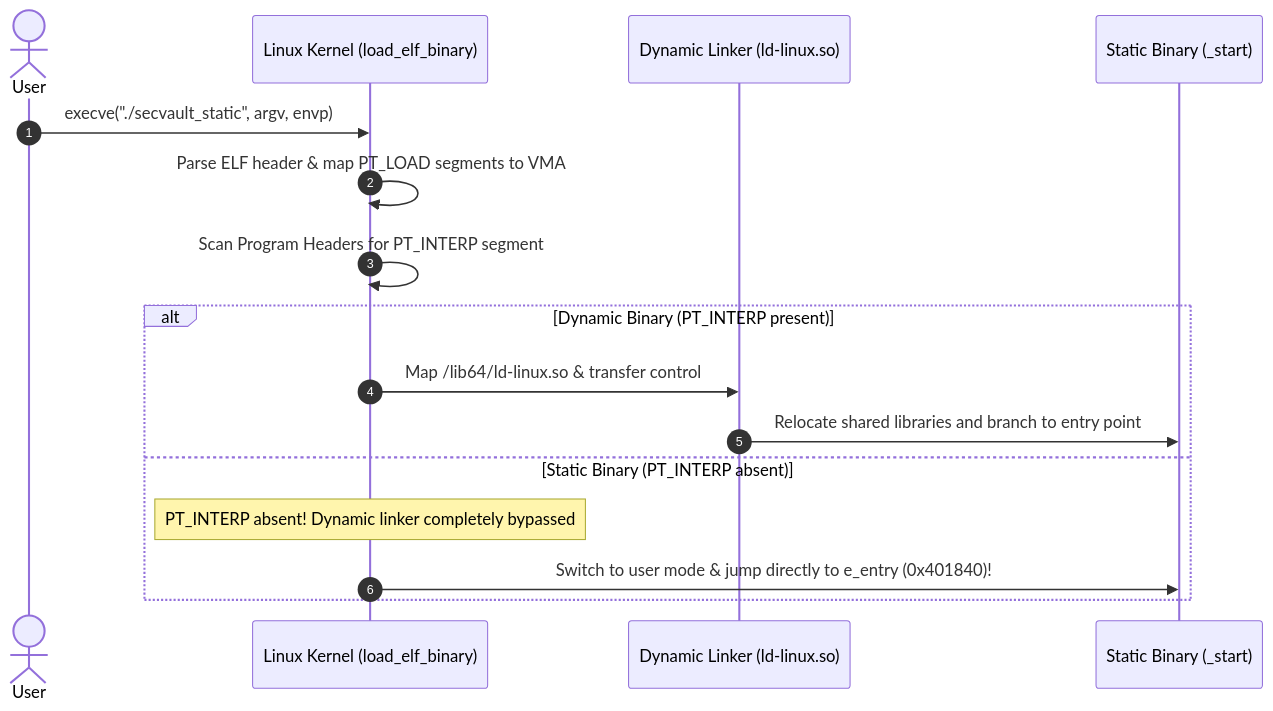
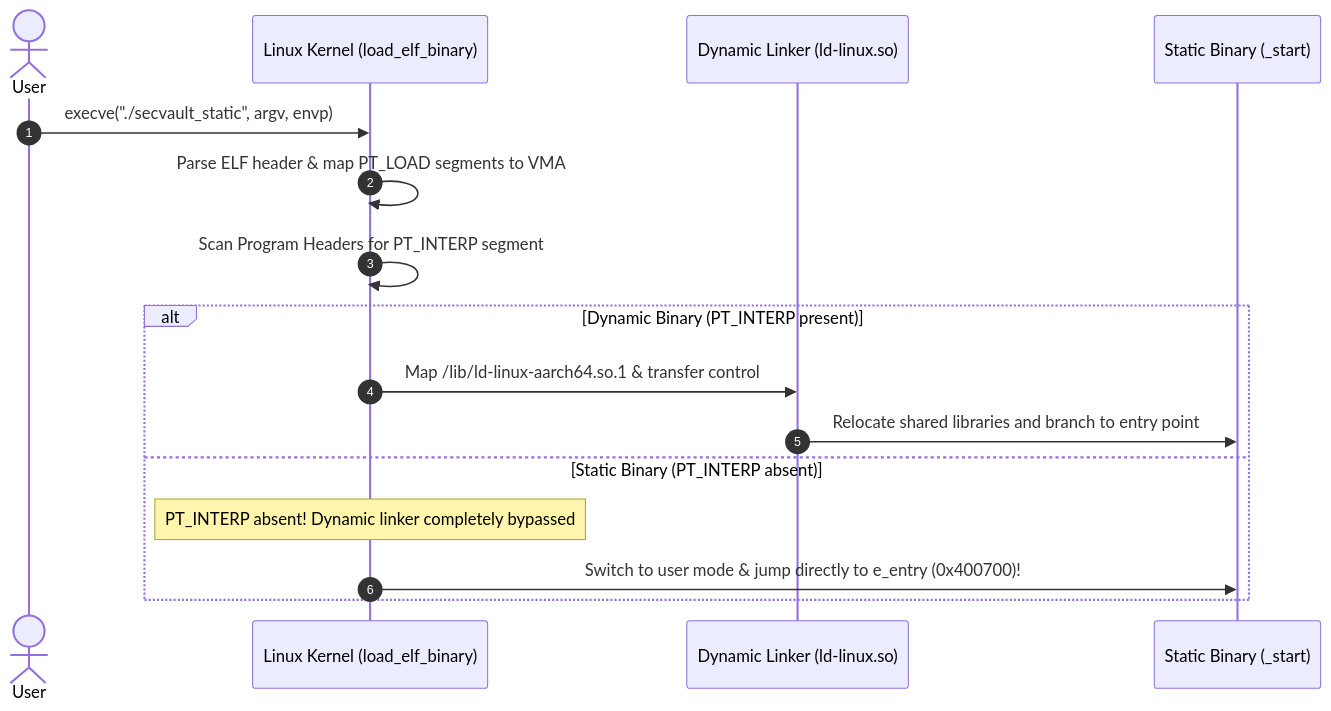
The diagram in docs/en/principles/08-static-linking-and-loading.md (auking45/linux-kernel-hardening-lab), drawn with Mermaid before and after one commit. The commit also changed other lines of this file and 23 other files, not shown here.

First line of the commit message:
feat(principles): transition labs 06-09 and docs to AArch64 default dual architecture

````diff
--- a/docs/en/principles/08-static-linking-and-loading.md
+++ b/docs/en/principles/08-static-linking-and-loading.md
@@ -64,19 +64,19 @@
 ```mermaid
 sequenceDiagram
     autonumber
     actor User as User
     participant Kernel as Linux Kernel (load_elf_binary)
     participant Loader as Dynamic Linker (ld-linux.so)
     participant Binary as Static Binary (_start)
 
     User->>Kernel: execve("./secvault_static", argv, envp)
     Kernel->>Kernel: Parse ELF header & map PT_LOAD segments to VMA
     Kernel->>Kernel: Scan Program Headers for PT_INTERP segment
     alt Dynamic Binary (PT_INTERP present)
-        Kernel->>Loader: Map /lib64/ld-linux.so & transfer control
+        Kernel->>Loader: Map /lib/ld-linux-aarch64.so.1 & transfer control
         Loader->>Binary: Relocate shared libraries and branch to entry point
     else Static Binary (PT_INTERP absent)
         Note over Kernel: PT_INTERP absent! Dynamic linker completely bypassed
-        Kernel->>Binary: Switch to user mode & jump directly to e_entry (0x401840)!
+        Kernel->>Binary: Switch to user mode & jump directly to e_entry (0x400700)!
     end
 ```
````
